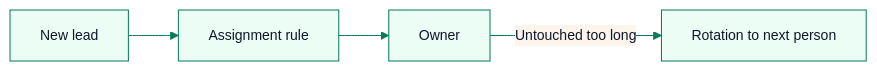
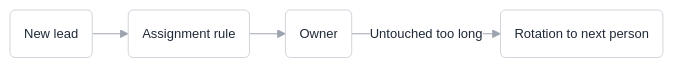
The diagram in guides/lead-assignment.mdx (BharathVasireddy/marro-docs), drawn with Mermaid before and after one commit. The commit also changed other lines of this file and 95 other files, not shown here.

First line of the commit message:
One guide per settings screen, in the Settings menu's order, with diagrams only where they are needed

````diff
--- a/guides/lead-assignment.mdx
+++ b/guides/lead-assignment.mdx
@@ -9,7 +9,7 @@
 ```mermaid
-%%{init: {'theme':'base','themeVariables':{'primaryColor':'#ecfdf5','primaryBorderColor':'#047857','primaryTextColor':'#0f172a','lineColor':'#047857','fontSize':'14px'}}}%%
+%%{init: {'theme':'base','flowchart':{'curve':'basis','padding':14,'nodeSpacing':28,'rankSpacing':36},'themeVariables':{'primaryColor':'#ffffff','primaryBorderColor':'#d1d5db','primaryTextColor':'#1f2937','lineColor':'#9ca3af','fontFamily':'Inter, ui-sans-serif, sans-serif','fontSize':'13px','edgeLabelBackground':'#ffffff'}}}%%
 flowchart LR
-  A[New lead] --> B[Assignment rule]
-  B --> C[Owner]
-  C -->|Untouched too long| D[Rotation to next person]
+  A(New lead) --> B(Assignment rule)
+  B --> C(Owner)
+  C -->|Untouched too long| D(Rotation to next person)
 ```
````
